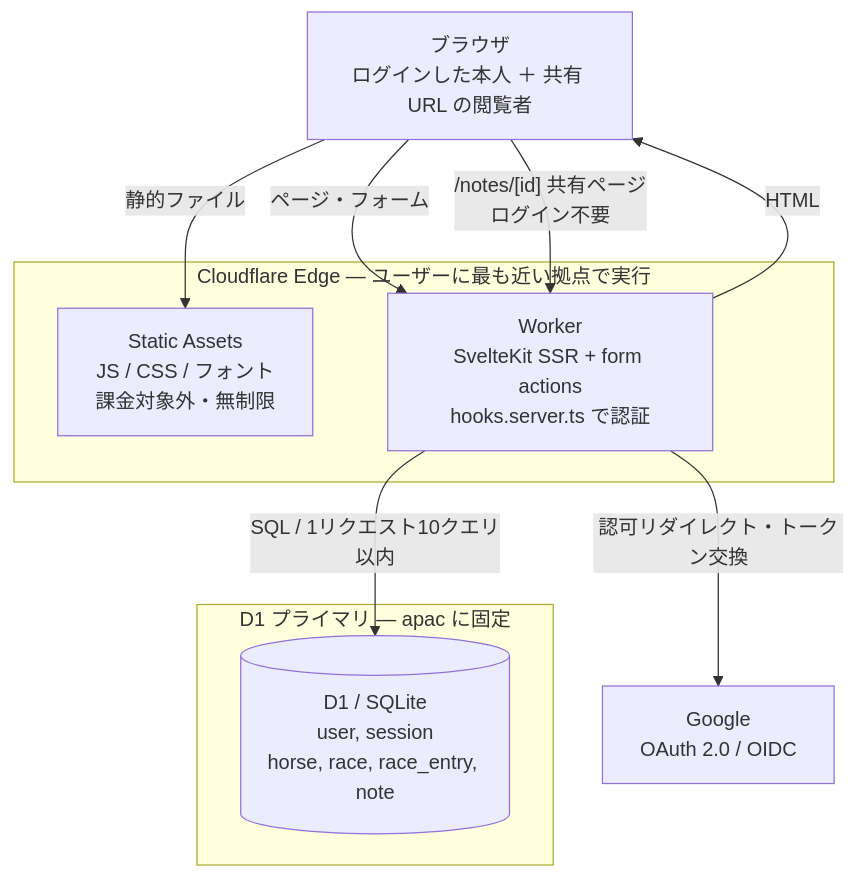
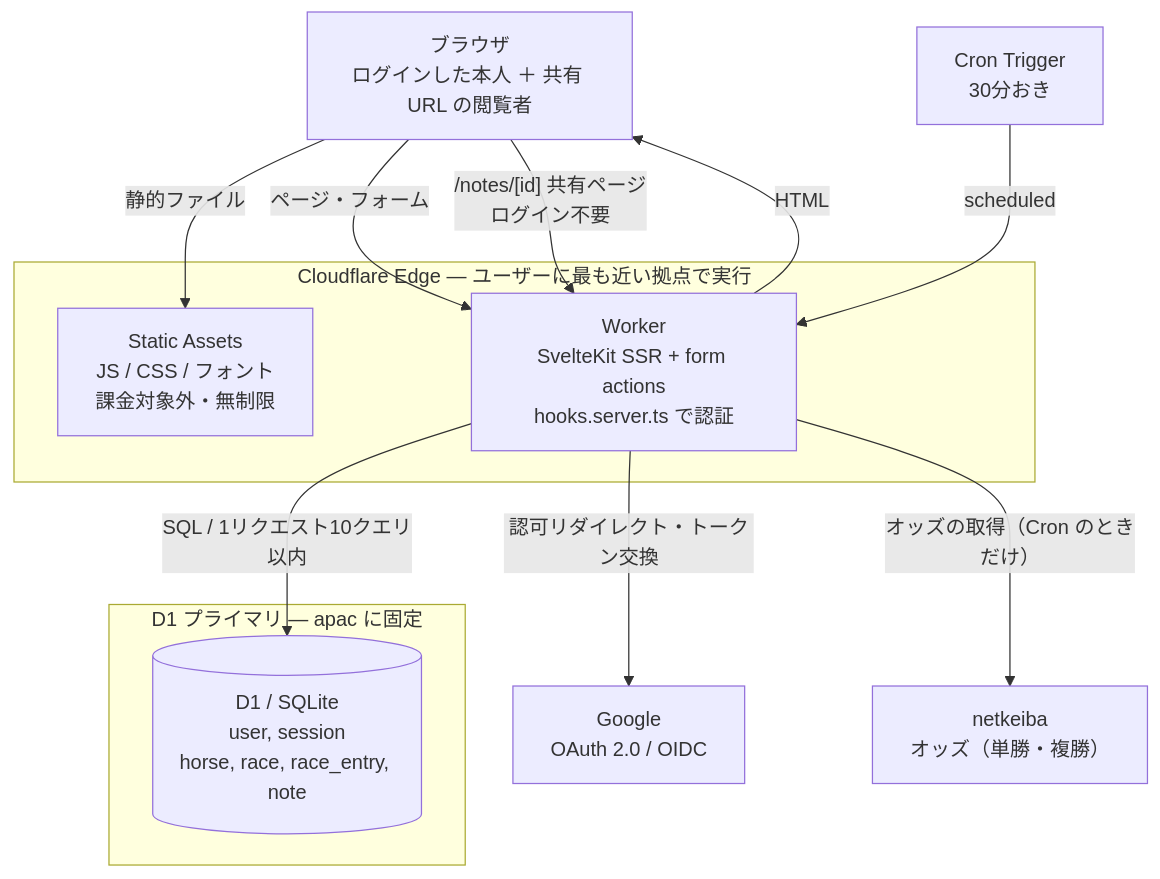
Before and after one commit to Atoyr/keiba-note: the first of 10 diagrams in docs/architecture.md, drawn with Mermaid. The commit also changed other lines of this file and 45 other files, not shown here.

First line of the commit message:
feat: 予想画面に単勝・複勝のオッズを出す（Cron で netkeiba から30分おきに取得）

````diff
--- a/docs/architecture.md
+++ b/docs/architecture.md
@@ -61,22 +65,26 @@
 ```mermaid
 flowchart TB
     U["ブラウザ<br/>ログインした本人 ＋ 共有 URL の閲覧者"]
 
     subgraph CF["Cloudflare Edge — ユーザーに最も近い拠点で実行"]
         A["Static Assets<br/>JS / CSS / フォント<br/>課金対象外・無制限"]
         W["Worker<br/>SvelteKit SSR + form actions<br/>hooks.server.ts で認証"]
     end
 
     subgraph APAC["D1 プライマリ — apac に固定"]
         D[("D1 / SQLite<br/>user, session<br/>horse, race, race_entry, note")]
     end
 
     G["Google<br/>OAuth 2.0 / OIDC"]
+    N["netkeiba<br/>オッズ（単勝・複勝）"]
+    CR["Cron Trigger<br/>30分おき"]
 
     U -->|"静的ファイル"| A
     U -->|"ページ・フォーム"| W
     U -->|"/notes/[id] 共有ページ<br/>ログイン不要"| W
     W -->|"SQL / 1リクエスト10クエリ以内"| D
     W -->|"認可リダイレクト・トークン交換"| G
     W -->|"HTML"| U
+    CR -->|"scheduled"| W
+    W -->|"オッズの取得（Cron のときだけ）"| N
 ```
````
